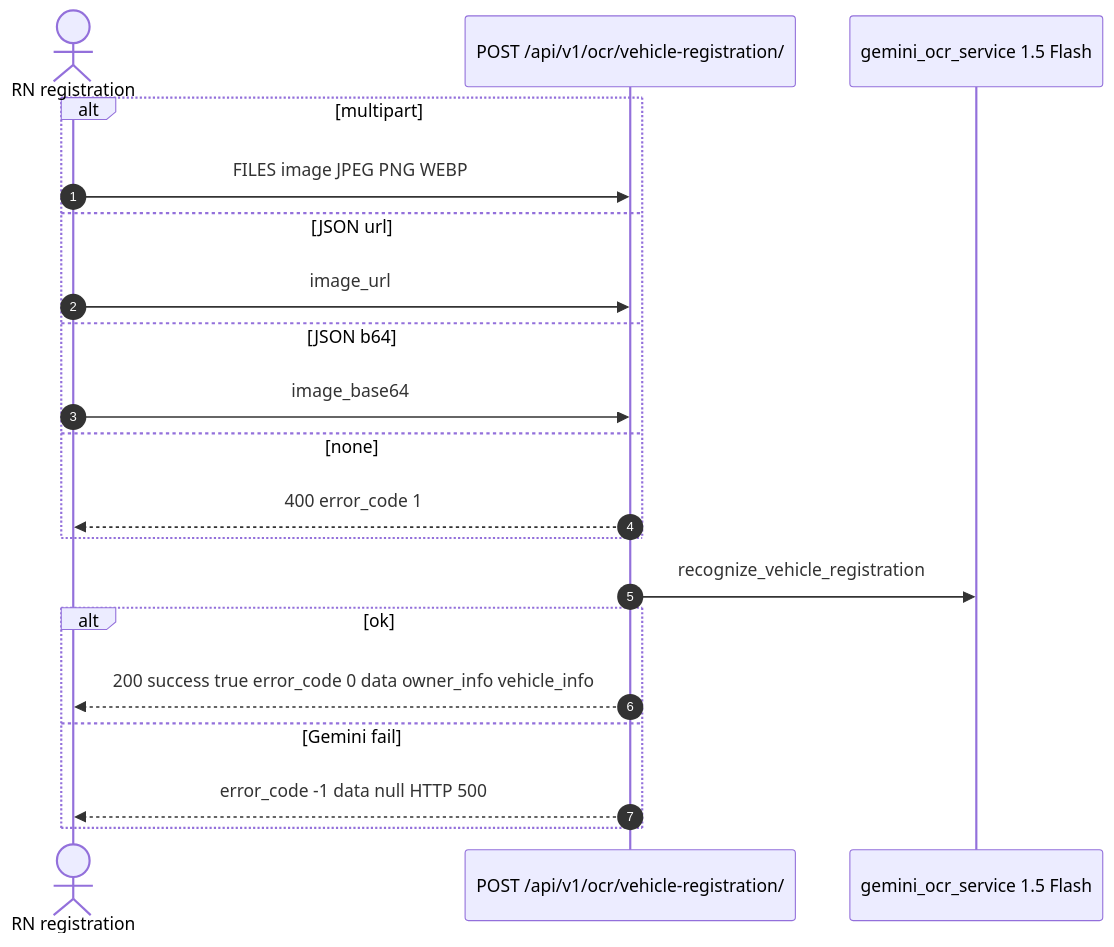
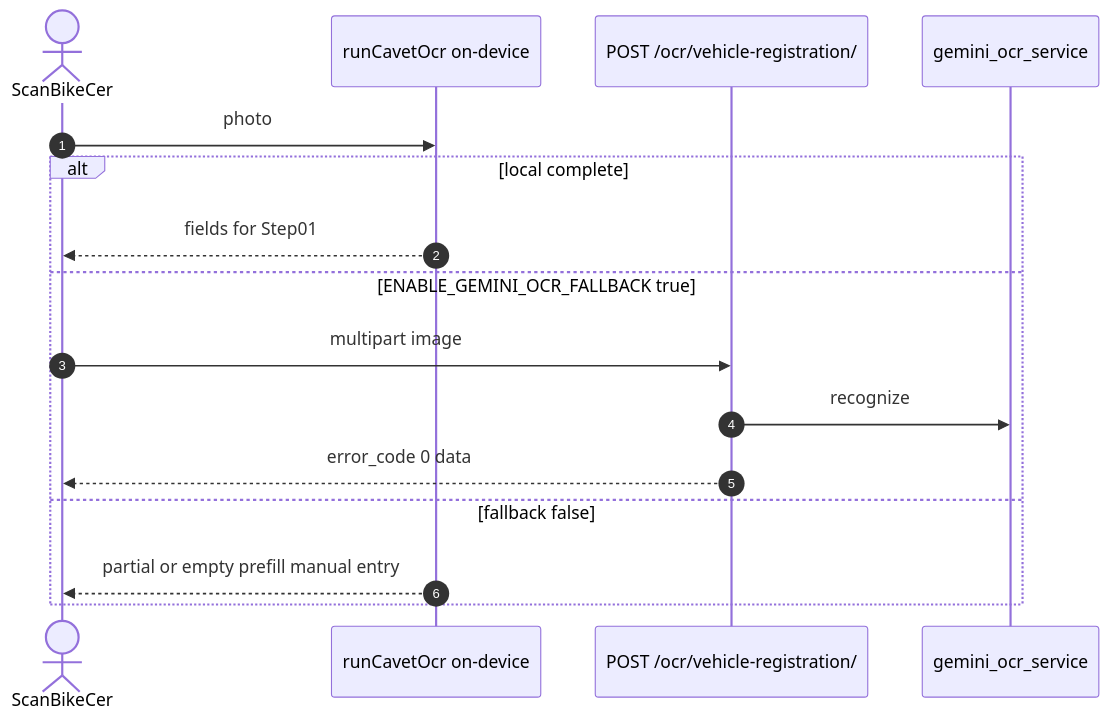
Before and after one commit to HarryNguyenTimoto/timoto_space: the diagram in systems/mobile-ocr-cavet.mdx, drawn with Mermaid. The commit also changed other lines of this file and 2 other files, not shown here.

````diff
--- a/systems/mobile-ocr-cavet.mdx
+++ b/systems/mobile-ocr-cavet.mdx
@@ -19,23 +23,19 @@
 ```mermaid
 sequenceDiagram
   autonumber
-  actor Rider as RN registration
-  participant API as POST /api/v1/ocr/vehicle-registration/
-  participant G as gemini_ocr_service 1.5 Flash
+  actor Rider as ScanBikeCer
+  participant Local as runCavetOcr on-device
+  participant API as POST /ocr/vehicle-registration/
+  participant G as gemini_ocr_service
 
-  alt multipart
-    Rider->>API: FILES image JPEG PNG WEBP
-  else JSON url
-    Rider->>API: image_url
-  else JSON b64
-    Rider->>API: image_base64
-  else none
-    API-->>Rider: 400 error_code 1
-  end
-  API->>G: recognize_vehicle_registration
-  alt ok
-    API-->>Rider: 200 success true error_code 0 data owner_info vehicle_info
-  else Gemini fail
-    API-->>Rider: error_code -1 data null HTTP 500
+  Rider->>Local: photo
+  alt local complete
+    Local-->>Rider: fields for Step01
+  else ENABLE_GEMINI_OCR_FALLBACK true
+    Rider->>API: multipart image
+    API->>G: recognize
+    API-->>Rider: error_code 0 data
+  else fallback false
+    Local-->>Rider: partial or empty prefill manual entry
   end
 ```
````
